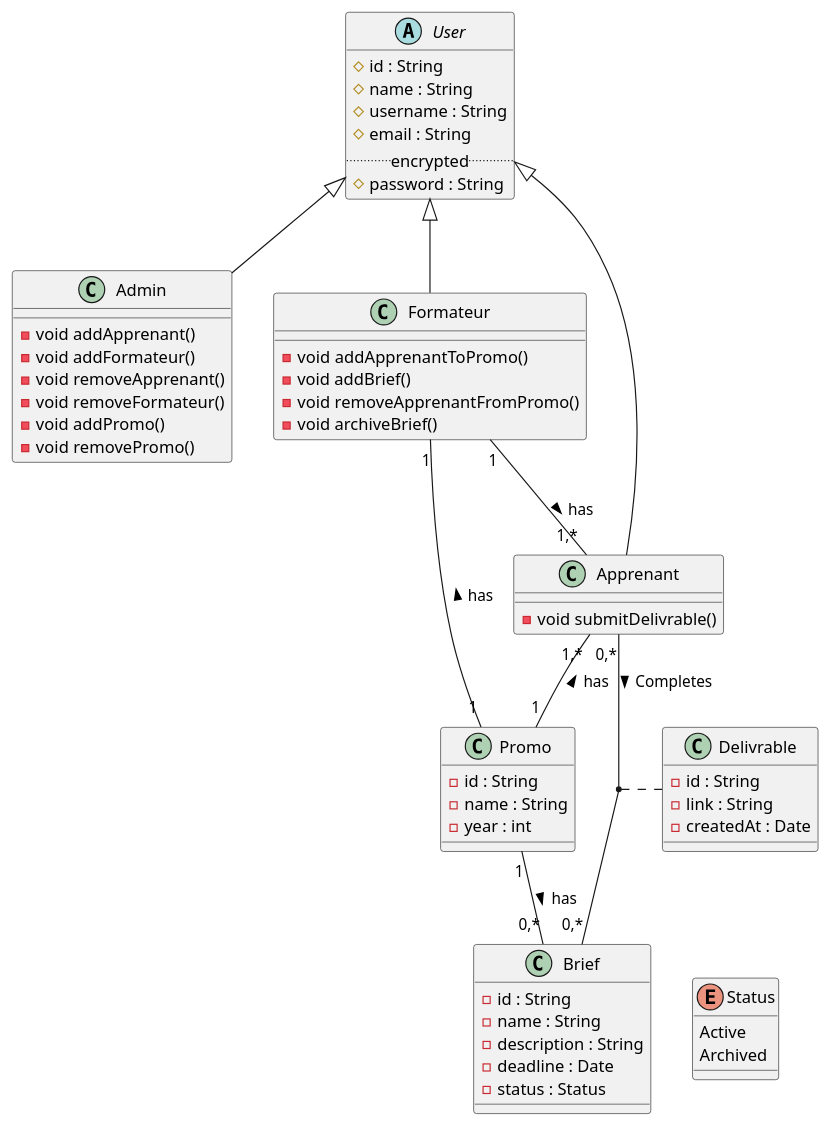
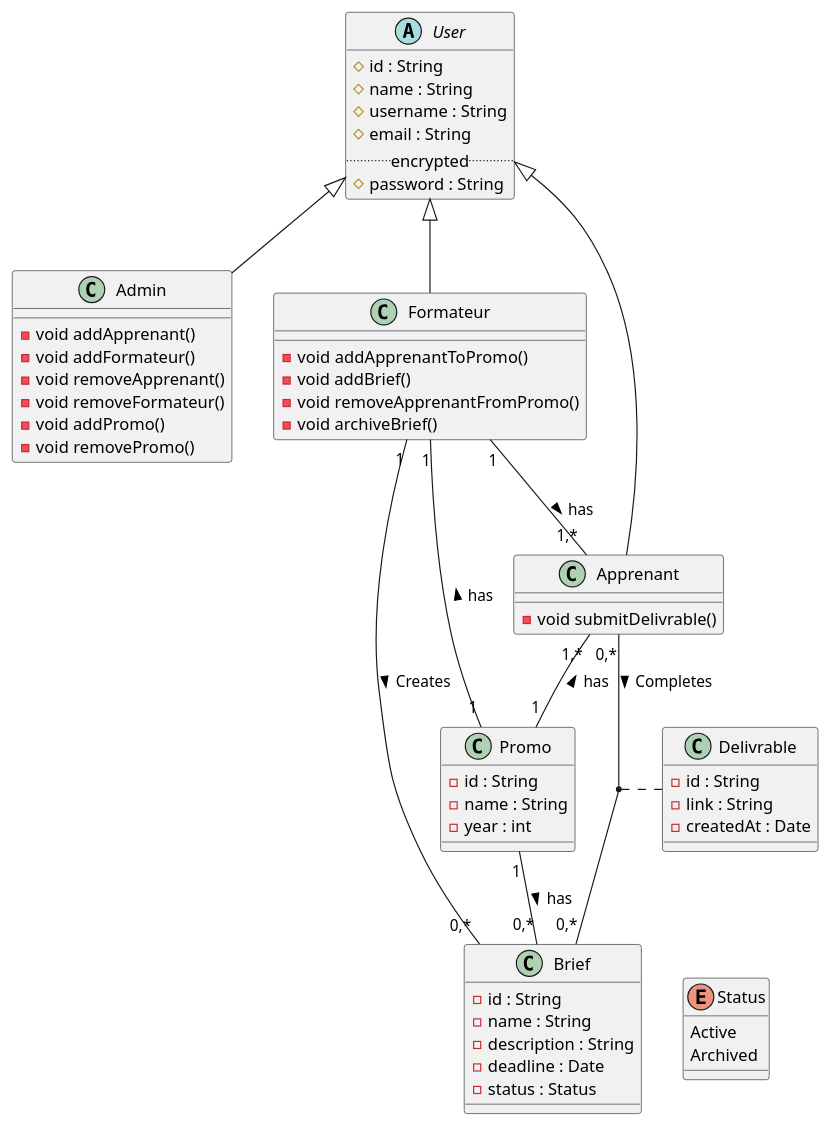
The diagram in UML Diagrams/class diagram.puml (aymenBenadra/SimpRun), drawn with PlantUML before and after one commit. The commit also changed 1 other file, not shown here.

Commit message:
Updated Class diagram to handle connection between Formateur & Brief entities.

```diff
--- a/UML Diagrams/class diagram.puml
+++ b/UML Diagrams/class diagram.puml
@@ -1,69 +1,70 @@
 @startuml
 
 abstract class User {
   # id : String
   # name : String
   # username : String
   # email : String
   .. encrypted ..
   # password : String
 }
 
 class Admin {
   - void addApprenant()
   - void addFormateur()
   - void removeApprenant()
   - void removeFormateur()
   - void addPromo()
   - void removePromo()
 }
 
 class Formateur {
   - void addApprenantToPromo()
   - void addBrief()
   - void removeApprenantFromPromo()
   - void archiveBrief()
 }
 
 class Apprenant {
   - void submitDelivrable()
 }
 
 class Promo {
   - id : String
   - name : String
   - year : int
 }
 
 class Brief {
   - id : String
   - name : String
   - description : String
   - deadline : Date
   - status : Status
 }
 
 enum Status {
   Active
   Archived
 }
 
 class Delivrable {
   - id : String
   - link : String
   - createdAt : Date
 }
 
 User ^-- Admin
 User ^-- Formateur
 User ^-- Apprenant
 
 Formateur "1" -- "1" Promo : has <
 Formateur "1" -- "1,*" Apprenant : has >
 Apprenant "1,*" -- "1" Promo : has <
 Promo "1" -- "0,*" Brief : has >
+Formateur "1" -[norank]- "0,*" Brief : Creates >
 Apprenant "0,*" -- "0,*" Brief : Completes >
 (Apprenant, Brief) .. Delivrable
 Brief -[hidden]right- Status
 
 @enduml
```
